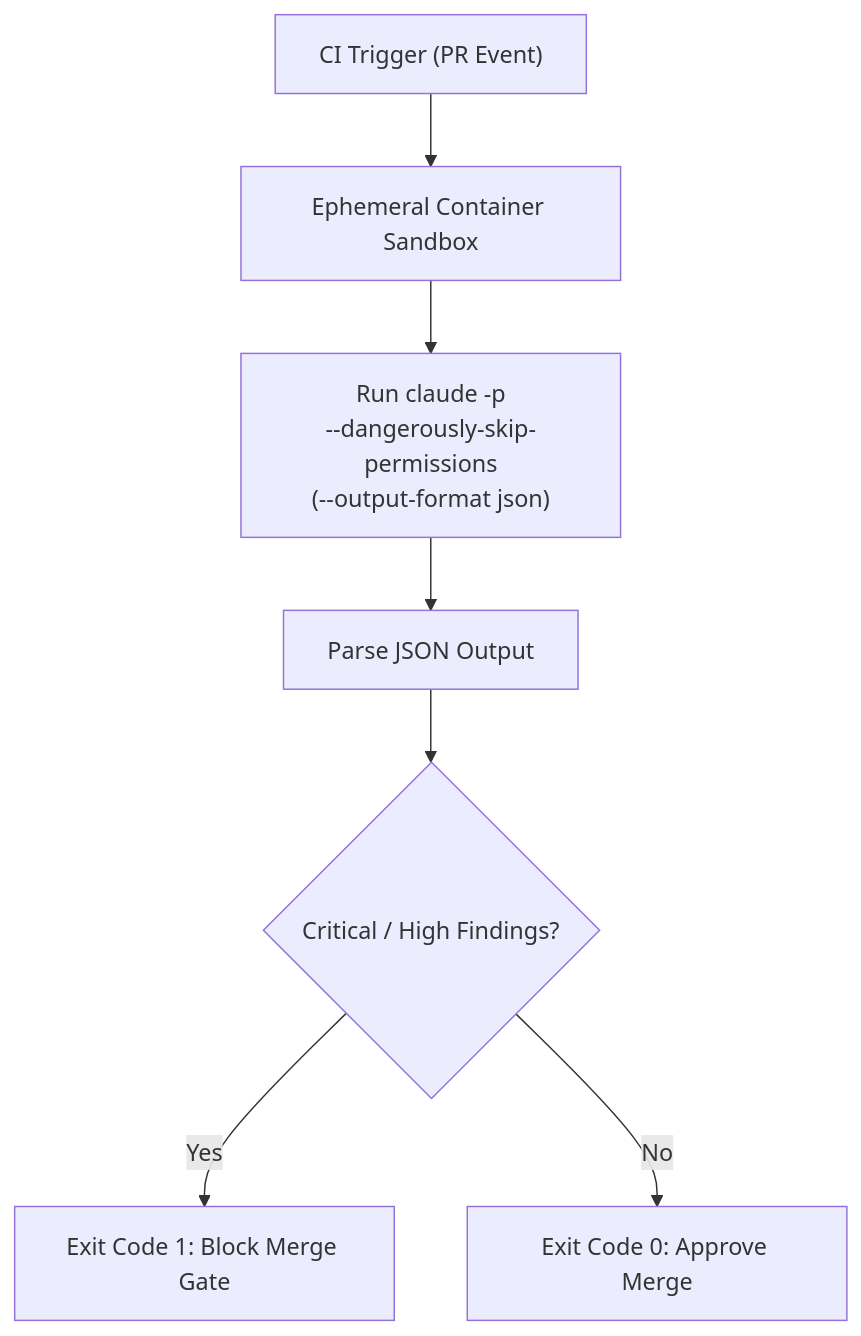
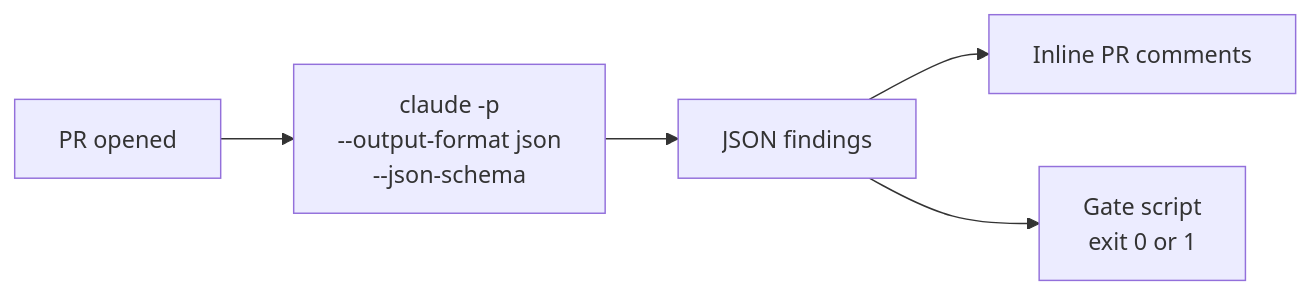
The fourth of 4 diagrams in domain3/KEY_CONCEPTS.md (dip4k/claude_cert_architect_foundation_prep), drawn with Mermaid before and after one commit. The commit also changed other lines of this file and 133 other files, not shown here.

````diff
--- a/domain3/KEY_CONCEPTS.md
+++ b/domain3/KEY_CONCEPTS.md
@@ -266,9 +90,7 @@
 ```mermaid
-flowchart TD
-    Event["CI Trigger (PR Event)"] --> Sandbox["Ephemeral Container Sandbox"]
-    Sandbox --> Exec["Run claude -p<br>--dangerously-skip-permissions<br>(--output-format json)"]
-    Exec --> Parse["Parse JSON Output"]
-    Parse --> Check{"Critical / High Findings?"}
-    Check -->|Yes| Block["Exit Code 1: Block Merge Gate"]
-    Check -->|No| Pass["Exit Code 0: Approve Merge"]
+flowchart LR
+    PR["PR opened"] --> C["claude -p<br>--output-format json<br>--json-schema"]
+    C --> F["JSON findings"]
+    F --> I["Inline PR comments"]
+    F --> G["Gate script<br>exit 0 or 1"]
 ```
````
